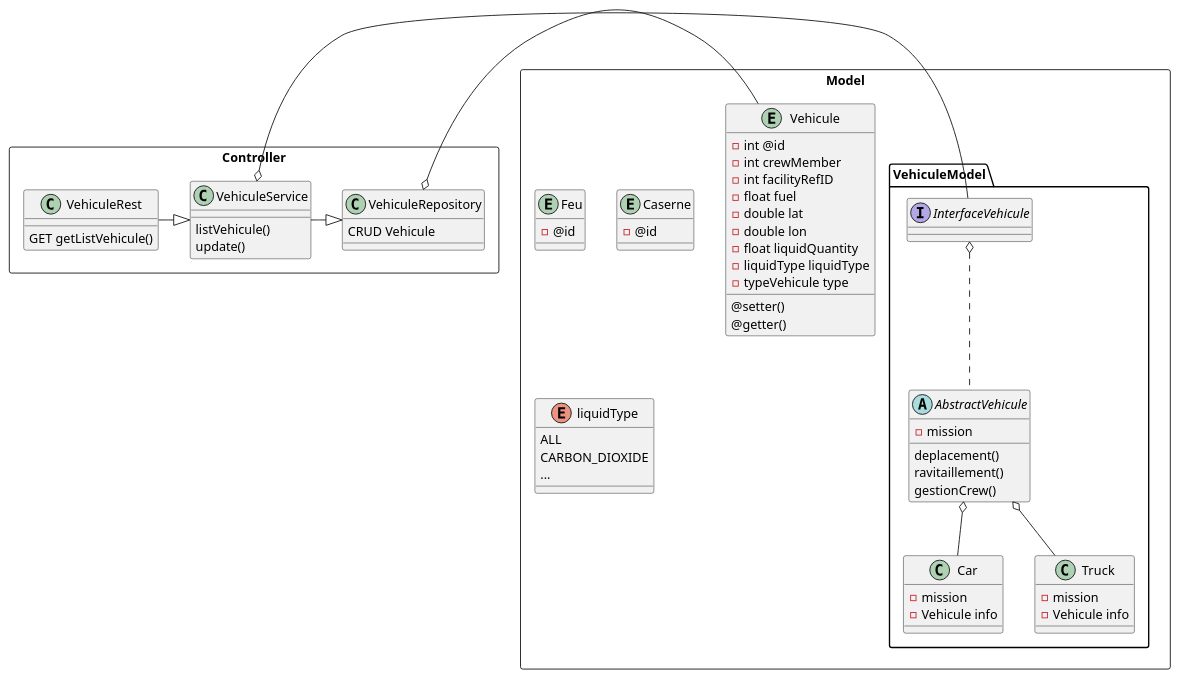
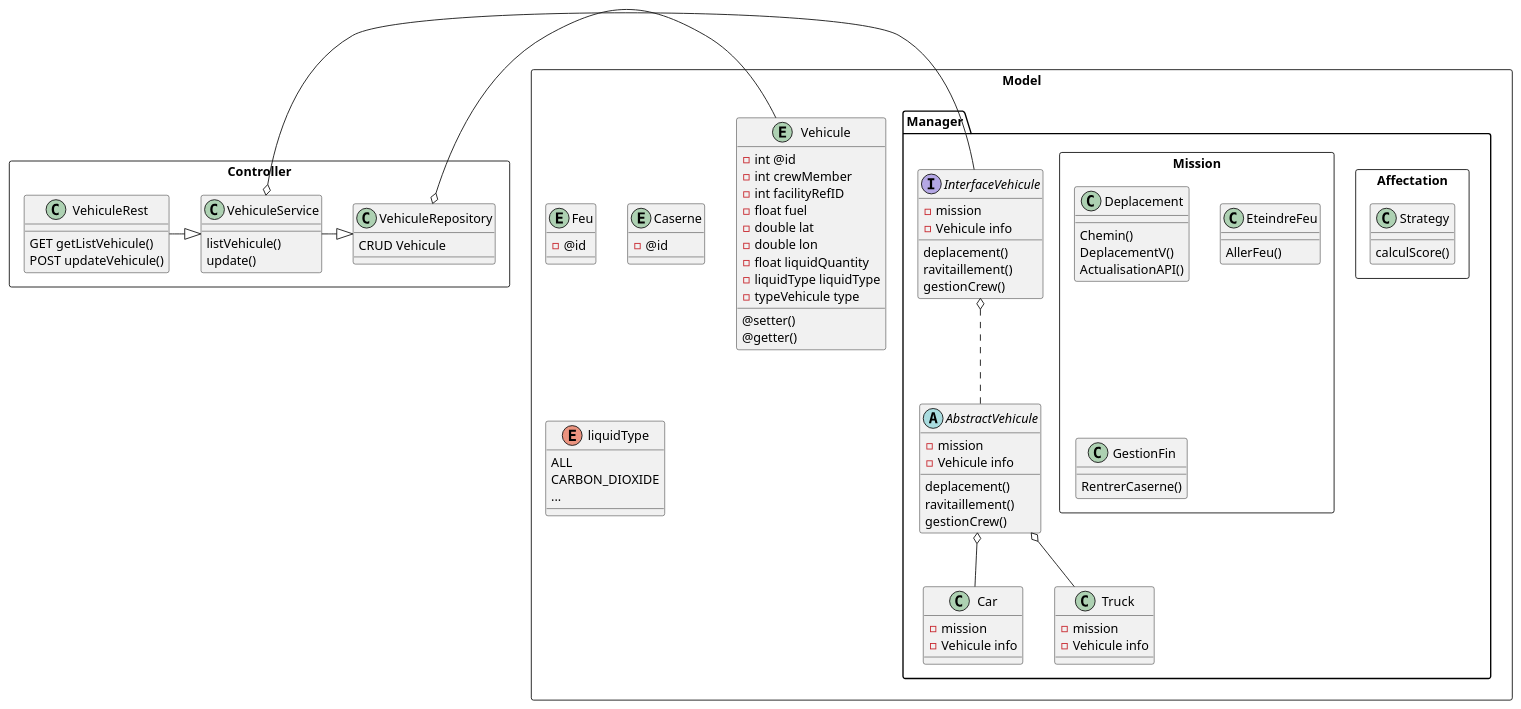
One commit to Elliot-Garcia/Projet_Majeure changed the diagram in architecture.plantuml. Above: the diagram before and after it, drawn with PlantUML.

Commit message:
changement archi

```diff
--- a/architecture.plantuml
+++ b/architecture.plantuml
@@ -1,86 +1,112 @@
 @startuml
 
 package Model <<Rectangle>> {
     entity Vehicule {
       - int @id
       - int crewMember
       - int facilityRefID
       - float fuel
       - double lat
       - double lon
       - float liquidQuantity
       - liquidType liquidType
       - typeVehicule type
 
       @setter()
       @getter()
     }
 
     entity Feu {
         - @id
     }
     entity Caserne {
         - @id
     }
 
     enum liquidType {
         ALL
         CARBON_DIOXIDE
         ...
     }
 
-    package VehiculeModel <<Folder>> {
+    package Manager <<Folder>> {
+
+        package Affectation <<rectangle>> {
+            class Strategy {
+                calculScore()
+            }
+        }
+
+        package Mission <<rectangle>> {
+            class Deplacement {
+                Chemin()
+                DeplacementV()
+                ActualisationAPI()
+            }
+            class EteindreFeu {
+                AllerFeu()
+            }
+            class GestionFin {
+                RentrerCaserne()
+            }
+        }
 
         interface InterfaceVehicule {
-
+            - mission
+            - Vehicule info
+            deplacement()
+            ravitaillement()
+            gestionCrew()
         }
 
         abstract AbstractVehicule {
             - mission
+            - Vehicule info
             deplacement()
             ravitaillement()
             gestionCrew()
         }
 
         class Car {
             - mission
             - Vehicule info
         }
         class Truck {
             - mission
             - Vehicule info
         }
 
         InterfaceVehicule o.. AbstractVehicule
         AbstractVehicule o-- Car
         AbstractVehicule o-- Truck
     }
 
 }
 
 package Controller <<Rectangle>> {
 
     class VehiculeRepository {
         CRUD Vehicule
     }
 
     class VehiculeService {
         listVehicule()
         update()
     }
 
     class VehiculeRest {
         GET getListVehicule()
+        POST updateVehicule()
     }
 
     VehiculeRest -|> VehiculeService
     VehiculeService -|> VehiculeRepository
 
     VehiculeRepository o- Vehicule
     VehiculeService o- InterfaceVehicule
 
 }
 
 
 
 @enduml
```
